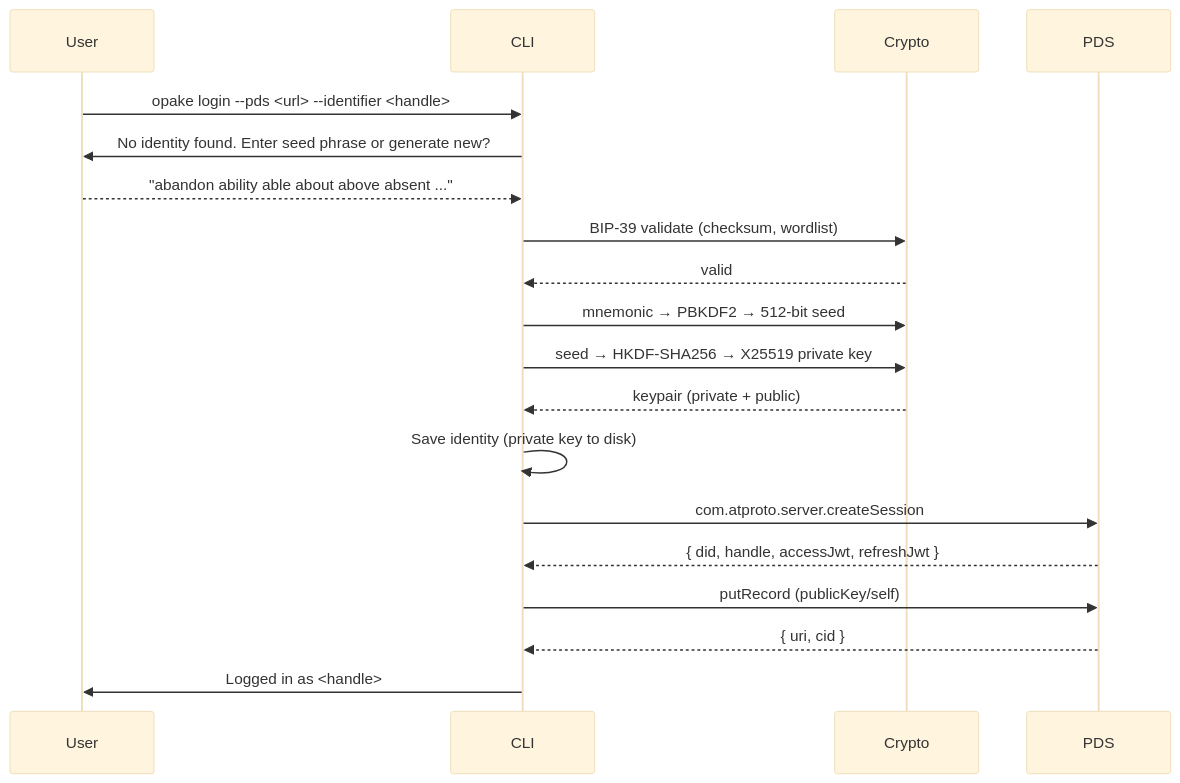
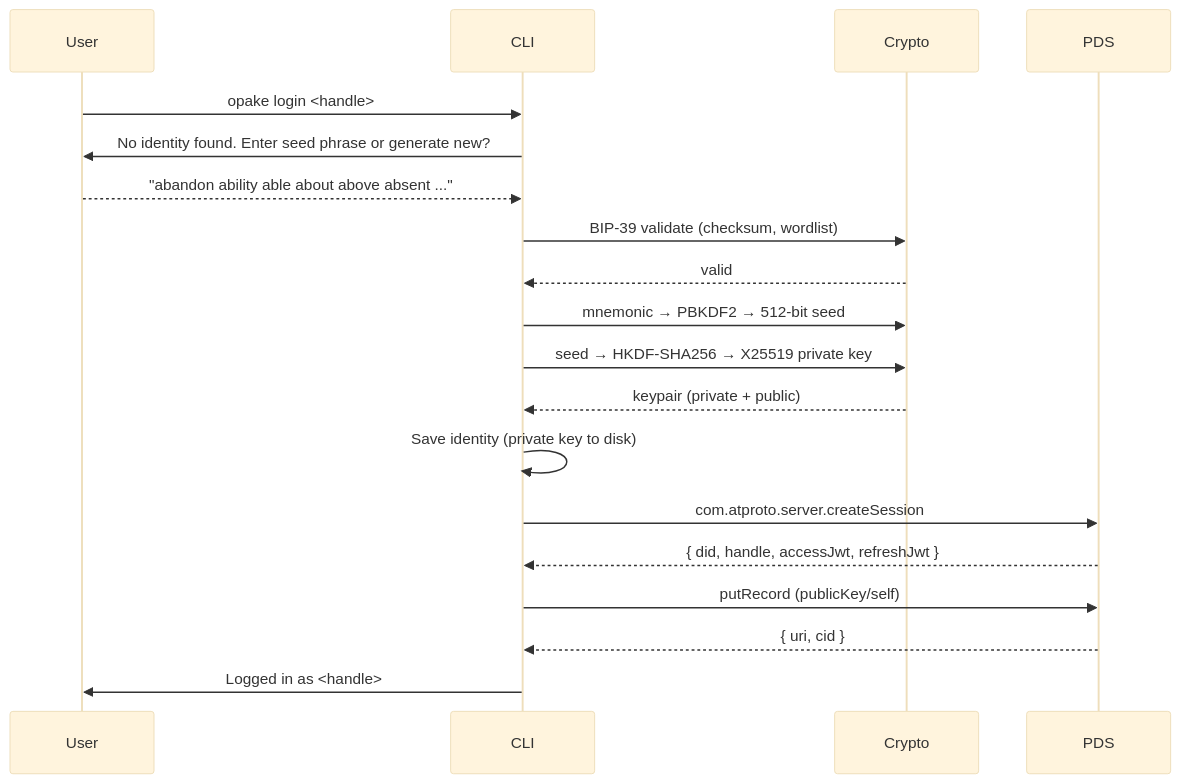
One commit to Sans-Self/Opake changed the second of 4 diagrams in docs/flows/multi-device.md. Above: the diagram before and after it, drawn with Mermaid (base theme). The commit also changed other lines of this file and 14 other files, not shown here.

First line of the commit message:
Handle-based login with automatic PDS resolution

````diff
--- a/docs/flows/multi-device.md
+++ b/docs/flows/multi-device.md
@@ -32,28 +32,28 @@
 ```mermaid
 sequenceDiagram
     participant User
     participant CLI
     participant Crypto
     participant PDS
 
-    User->>CLI: opake login --pds <url> --identifier <handle>
+    User->>CLI: opake login <handle>
     CLI->>User: No identity found. Enter seed phrase or generate new?
     User-->>CLI: "abandon ability able about above absent ..."
 
     CLI->>Crypto: BIP-39 validate (checksum, wordlist)
     Crypto-->>CLI: valid
 
     CLI->>Crypto: mnemonic → PBKDF2 → 512-bit seed
     CLI->>Crypto: seed → HKDF-SHA256 → X25519 private key
     Crypto-->>CLI: keypair (private + public)
 
     CLI->>CLI: Save identity (private key to disk)
 
     CLI->>PDS: com.atproto.server.createSession
     PDS-->>CLI: { did, handle, accessJwt, refreshJwt }
 
     CLI->>PDS: putRecord (publicKey/self)
     PDS-->>CLI: { uri, cid }
 
     CLI->>User: Logged in as <handle>
 ```
````
